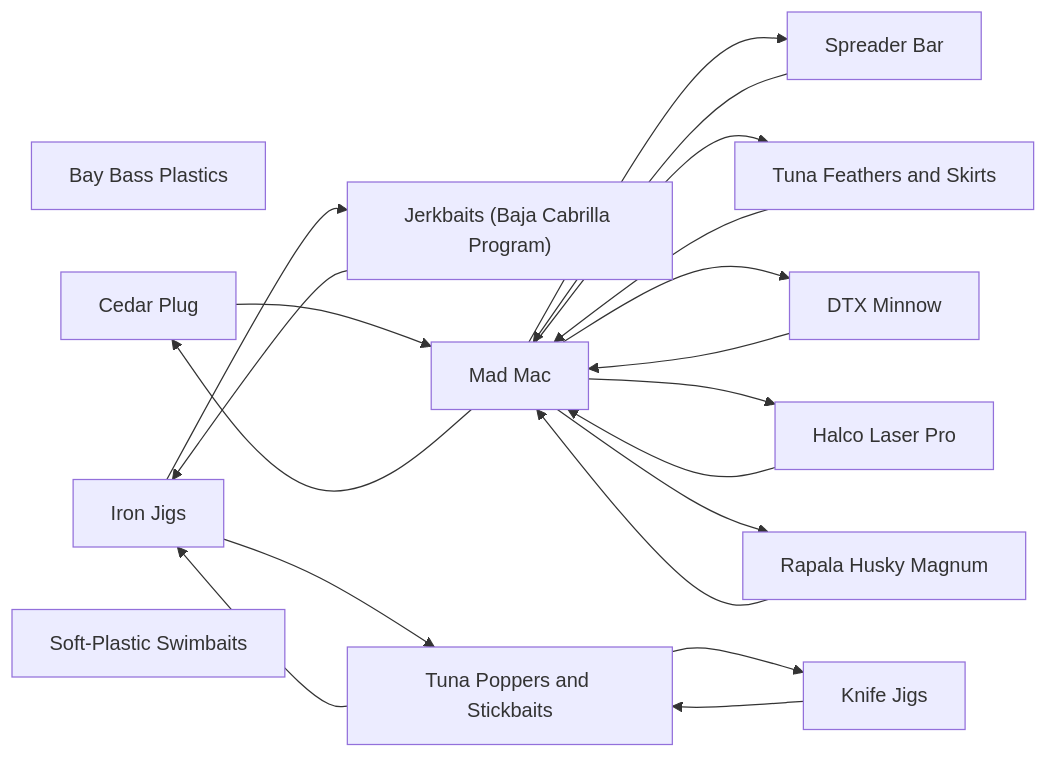
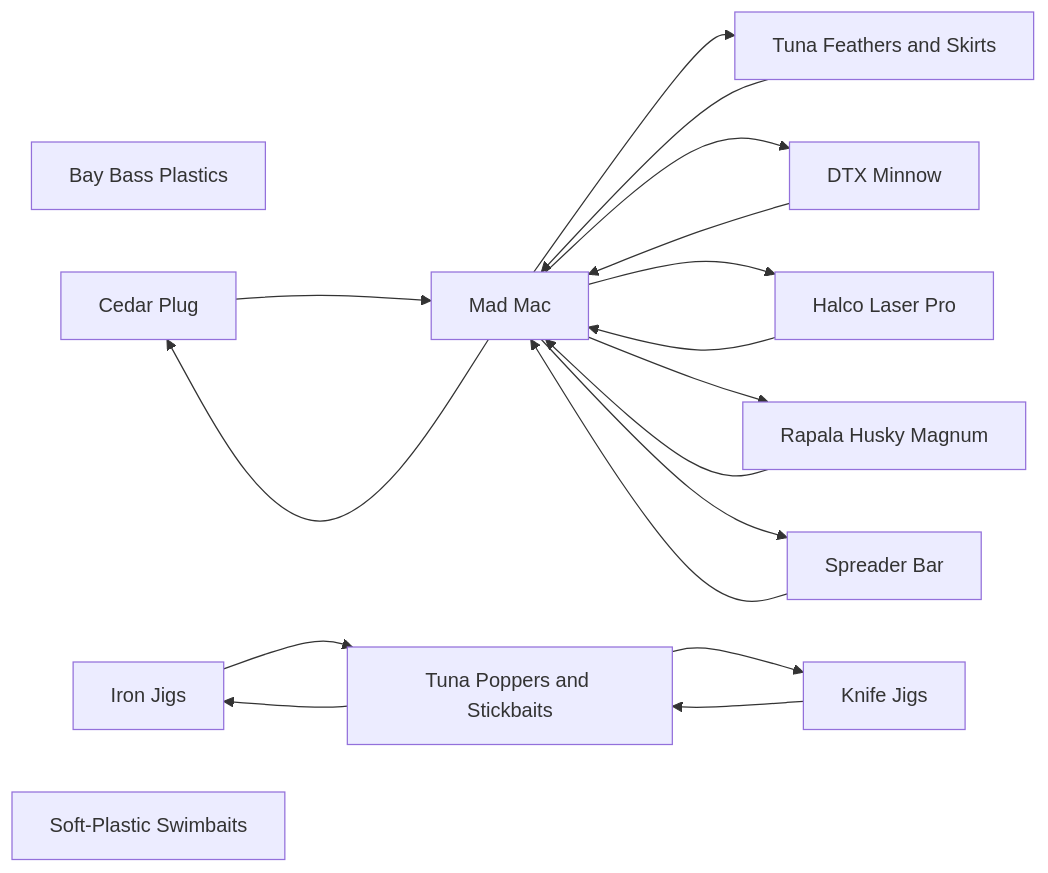
The diagram in lures/README.md (camchuckpete-max/Socal-Fishing-Knowledge), drawn with Mermaid before and after one commit. The commit also changed other lines of this file and 12 other files, not shown here.

````diff
--- a/lures/README.md
+++ b/lures/README.md
@@ -26,34 +25,31 @@
 ```mermaid
 graph LR
   n0["Bay Bass Plastics"]
   n1["Cedar Plug"]
   n2["DTX Minnow"]
   n3["Halco Laser Pro"]
   n4["Iron Jigs"]
-  n5["Jerkbaits (Baja Cabrilla Program)"]
-  n6["Knife Jigs"]
-  n7["Mad Mac"]
-  n8["Rapala Husky Magnum"]
-  n9["Soft-Plastic Swimbaits"]
-  n10["Spreader Bar"]
-  n11["Tuna Feathers and Skirts"]
-  n12["Tuna Poppers and Stickbaits"]
-  n1 --> n7
-  n10 --> n7
-  n11 --> n7
-  n12 --> n4
-  n12 --> n6
-  n2 --> n7
-  n3 --> n7
-  n4 --> n12
-  n4 --> n5
-  n5 --> n4
-  n6 --> n12
-  n7 --> n1
-  n7 --> n10
-  n7 --> n11
-  n7 --> n2
-  n7 --> n3
-  n7 --> n8
-  n8 --> n7
+  n5["Knife Jigs"]
+  n6["Mad Mac"]
+  n7["Rapala Husky Magnum"]
+  n8["Soft-Plastic Swimbaits"]
+  n9["Spreader Bar"]
+  n10["Tuna Feathers and Skirts"]
+  n11["Tuna Poppers and Stickbaits"]
+  n1 --> n6
+  n10 --> n6
+  n11 --> n4
+  n11 --> n5
+  n2 --> n6
+  n3 --> n6
+  n4 --> n11
+  n5 --> n11
+  n6 --> n1
+  n6 --> n10
+  n6 --> n2
+  n6 --> n3
+  n6 --> n7
+  n6 --> n9
+  n7 --> n6
+  n9 --> n6
 ```
````
